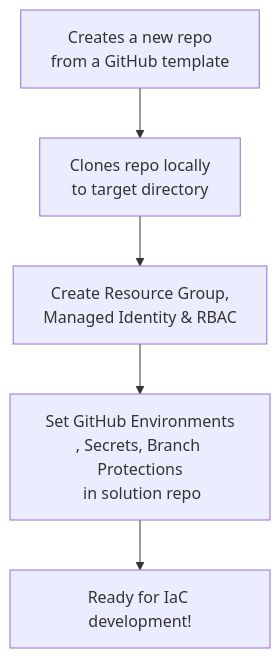
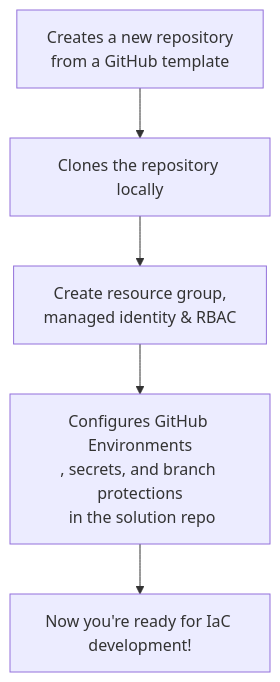
Before and after one commit to kewalaka/az-bootstrap: the diagram in README.md, drawn with Mermaid.

````diff
--- a/README.md
+++ b/README.md
@@ -9,7 +9,7 @@
 ```mermaid
 flowchart TD
-    A[Creates a new repo <br/> from a GitHub template] --> B[Clones repo locally <br/>to target directory]
-    B --> C[Create Resource Group, <br/> Managed Identity & RBAC]
-    C --> D[Set GitHub Environments<br/>, Secrets, Branch Protections<br/> in solution repo]
-    D --> E[Ready for IaC development!]
+    A[Creates a new repository<br/> from a GitHub template] --> B[Clones the repository locally]
+    B --> C[Create resource group, <br/> managed identity & RBAC]
+    C --> D[Configures GitHub Environments<br/>, secrets, and branch protections<br/> in the solution repo]
+    D --> E[Now you're ready for IaC development!]
 ```
````
